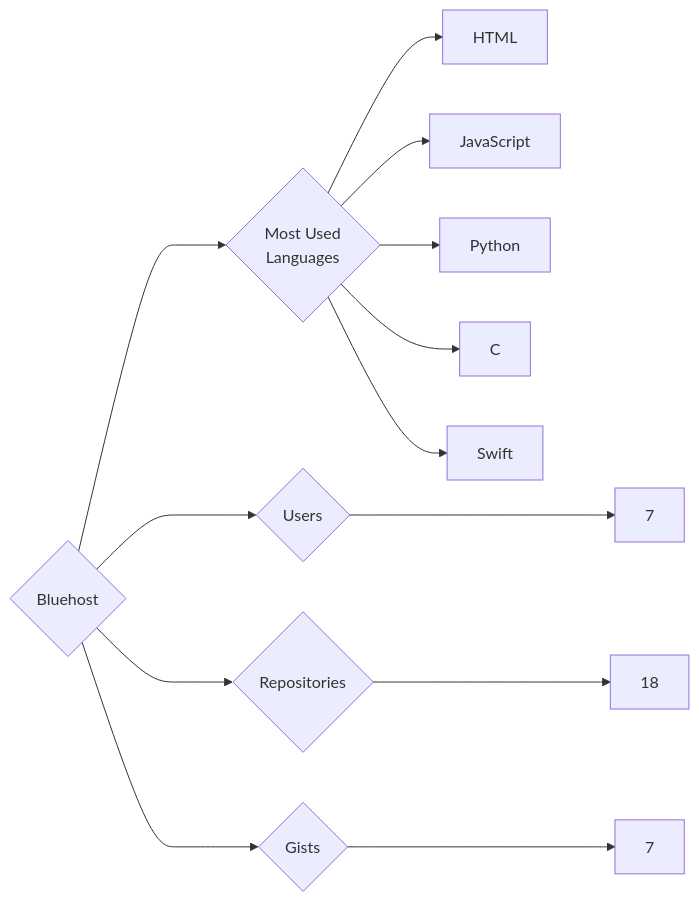
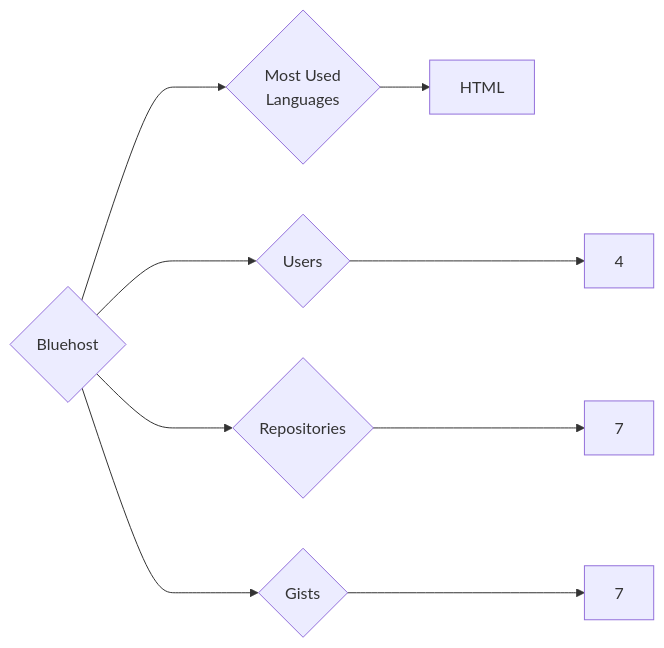
One commit to trickest/insiders changed the diagram in targets/Bluehost/README.md. Above: the diagram before and after it, drawn with Mermaid. The commit also changed 1148 other files, not shown here.

````diff
--- a/targets/Bluehost/README.md
+++ b/targets/Bluehost/README.md
@@ -3,13 +3,9 @@
 ```mermaid
 graph LR
 COMPANY_NAME{Bluehost}
-COMPANY_NAME ---> U{Users} ---> UN[7]
-COMPANY_NAME ---> R{Repositories} ---> RN[18]
+COMPANY_NAME ---> U{Users} ---> UN[4]
+COMPANY_NAME ---> R{Repositories} ---> RN[7]
 COMPANY_NAME ---> G{Gists} ---> GN[7]
 COMPANY_NAME ---> ML{Most Used<br>Languages}
 ML --> HTML[HTML]
-ML --> JavaScript[JavaScript]
-ML --> Python[Python]
-ML --> C[C]
-ML --> Swift[Swift]
 ```
````
